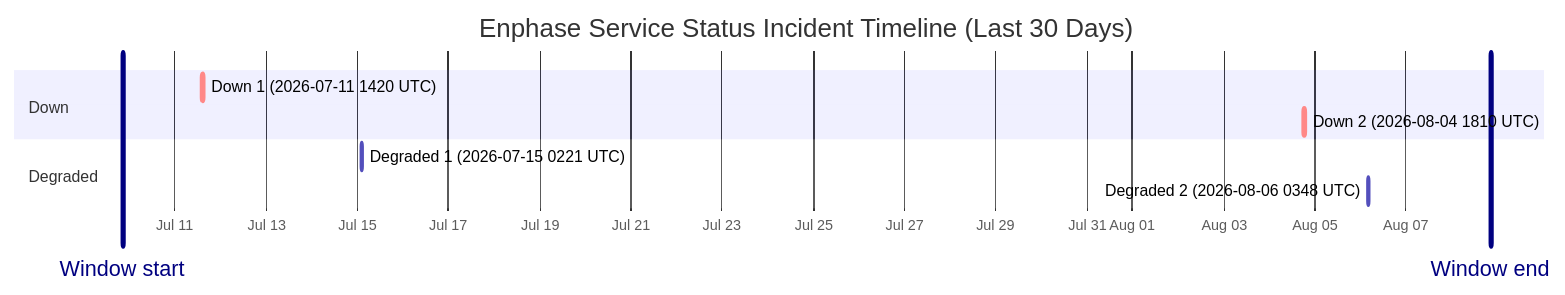
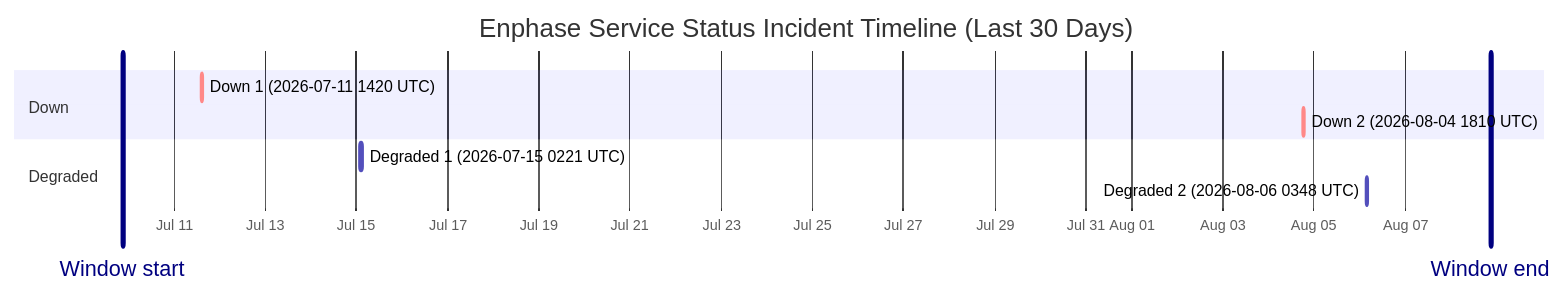
One commit to barneyonline/ha-enphase-energy changed the diagram in wiki/Service-Status-History.md. Above: the diagram before and after it, drawn with Mermaid. The commit also changed other lines of this file and 3 other files, not shown here.

````diff
--- a/wiki/Service-Status-History.md
+++ b/wiki/Service-Status-History.md
@@ -14,14 +14,14 @@
 ```mermaid
 gantt
     title Enphase Service Status Incident Timeline (Last 30 Days)
     dateFormat  YYYY-MM-DDTHH:mm:ss
     axisFormat  %b %d
-    Window start :vert, window-start, 2026-07-09T20:28:15, 0ms
-    Window end :vert, window-end, 2026-08-08T20:28:15, 0ms
+    Window start :vert, window-start, 2026-07-09T20:59:53, 0ms
+    Window end :vert, window-end, 2026-08-08T20:59:53, 0ms
     section Down
     Down 1 (2026-07-11 1420 UTC) :crit, down-1, 2026-07-11T14:20:54, 69m
     Down 2 (2026-08-04 1810 UTC) :crit, down-2, 2026-08-04T18:10:46, 60m
     section Degraded
     Degraded 1 (2026-07-15 0221 UTC) :active, degraded-1, 2026-07-15T02:21:35, 60m
     Degraded 2 (2026-08-06 0348 UTC) :active, degraded-2, 2026-08-06T03:48:14, 60m
 ```
````
